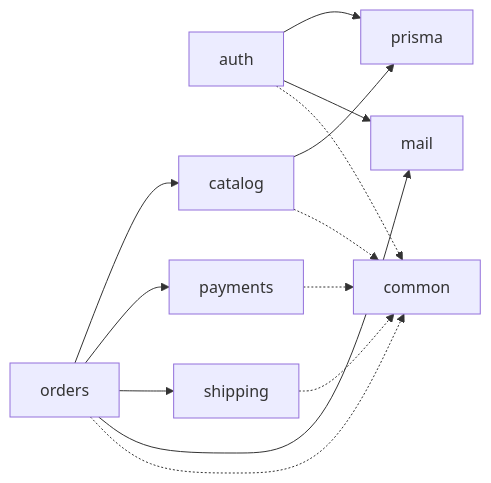
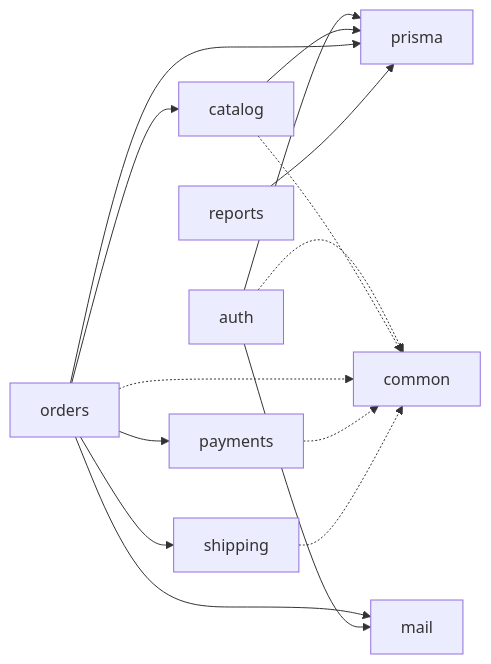
Before and after one commit to ArtRiv/commerce-core: the diagram in docs/architecture/modules.md, drawn with Mermaid. The commit also changed other lines of this file and 4 other files, not shown here.

````diff
--- a/docs/architecture/modules.md
+++ b/docs/architecture/modules.md
@@ -13,26 +13,29 @@
 ```mermaid
 flowchart LR
     auth["auth"]
     catalog["catalog"]
     orders["orders"]
     payments["payments"]
     shipping["shipping"]
+    reports["reports"]
     common["common"]
     prisma["prisma"]
     mail["mail"]
 
     orders --> catalog
     orders --> payments
     orders --> shipping
     orders --> mail
 
     auth --> prisma
     auth --> mail
     catalog --> prisma
+    orders --> prisma
+    reports --> prisma
 
     auth -.-> common
     catalog -.-> common
     orders -.-> common
     payments -.-> common
     shipping -.-> common
 ```
````
